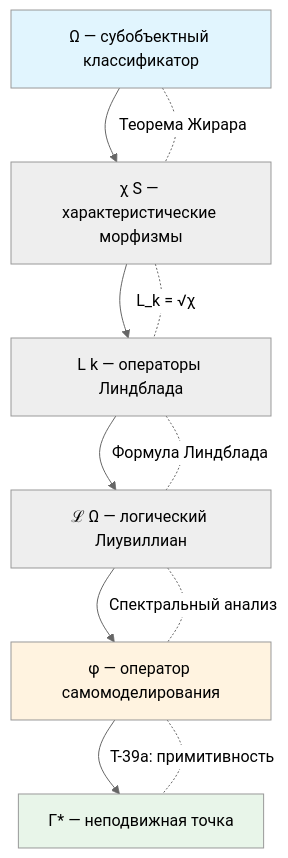
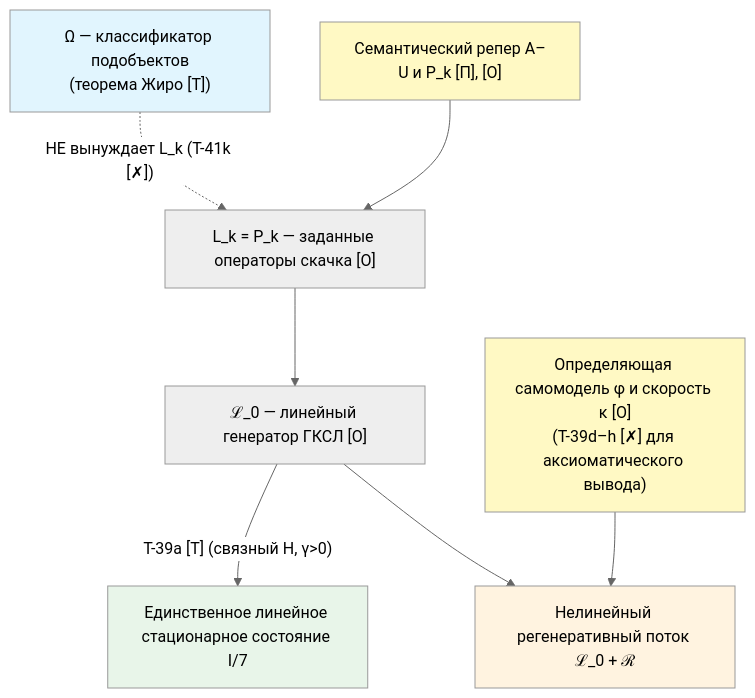
One commit to gst-st/uhm changed the second of 3 diagrams in website/i18n/ru/docusaurus-plugin-content-docs/current/applied/coherence-cybernetics/axiomatics.md. Above: the diagram before and after it, drawn with Mermaid (neutral theme). The commit also changed other lines of this file and 376 other files, not shown here.

First line of the commit message:
Refactor UHM canon, decontaminate architecture, and verify EN/RU parity

````diff
--- a/website/i18n/ru/docusaurus-plugin-content-docs/current/applied/coherence-cybernetics/axiomatics.md
+++ b/website/i18n/ru/docusaurus-plugin-content-docs/current/applied/coherence-cybernetics/axiomatics.md
@@ -351,18 +260,15 @@
 ```mermaid
 graph TD
-    O["Ω — субобъектный классификатор"] --> CHI["χ S — характеристические морфизмы"]
-    CHI --> LK["L k — операторы Линдблада"]
-    LK --> LO["ℒ Ω — логический Лиувиллиан"]
-    LO --> PHI["φ — оператор самомоделирования"]
-    PHI --> FP["Γ* — неподвижная точка"]
-
-    O -.- |"Теорема Жирара"| CHI
-    CHI -.- |"L_k = √χ"| LK
-    LK -.- |"Формула Линдблада"| LO
-    LO -.- |"Спектральный анализ"| PHI
-    PHI -.- |"T-39a: примитивность"| FP
+    O["Ω — классификатор подобъектов<br/>(теорема Жиро [Т])"] -.-> |"НЕ вынуждает L_k (T-41k [✗])"| LK
+    FRAME["Семантический репер A–U и P_k [П], [О]"] --> LK["L_k = P_k — заданные операторы скачка [О]"]
+    LK --> LO["ℒ_0 — линейный генератор ГКСЛ [О]"]
+    LO --> |"T-39a [Т] (связный H, γ>0)"| I7["Единственное линейное стационарное состояние I/7"]
+    CONST["Определяющая самомодель φ и скорость κ [О]<br/>(T-39d–h [✗] для аксиоматического вывода)"] --> NONLIN["Нелинейный регенеративный поток ℒ_0 + ℛ"]
+    LO --> NONLIN
 
     style O fill:#e1f5fe
-    style PHI fill:#fff3e0
-    style FP fill:#e8f5e9
+    style FRAME fill:#fff9c4
+    style CONST fill:#fff9c4
+    style I7 fill:#e8f5e9
+    style NONLIN fill:#fff3e0
 ```
````
